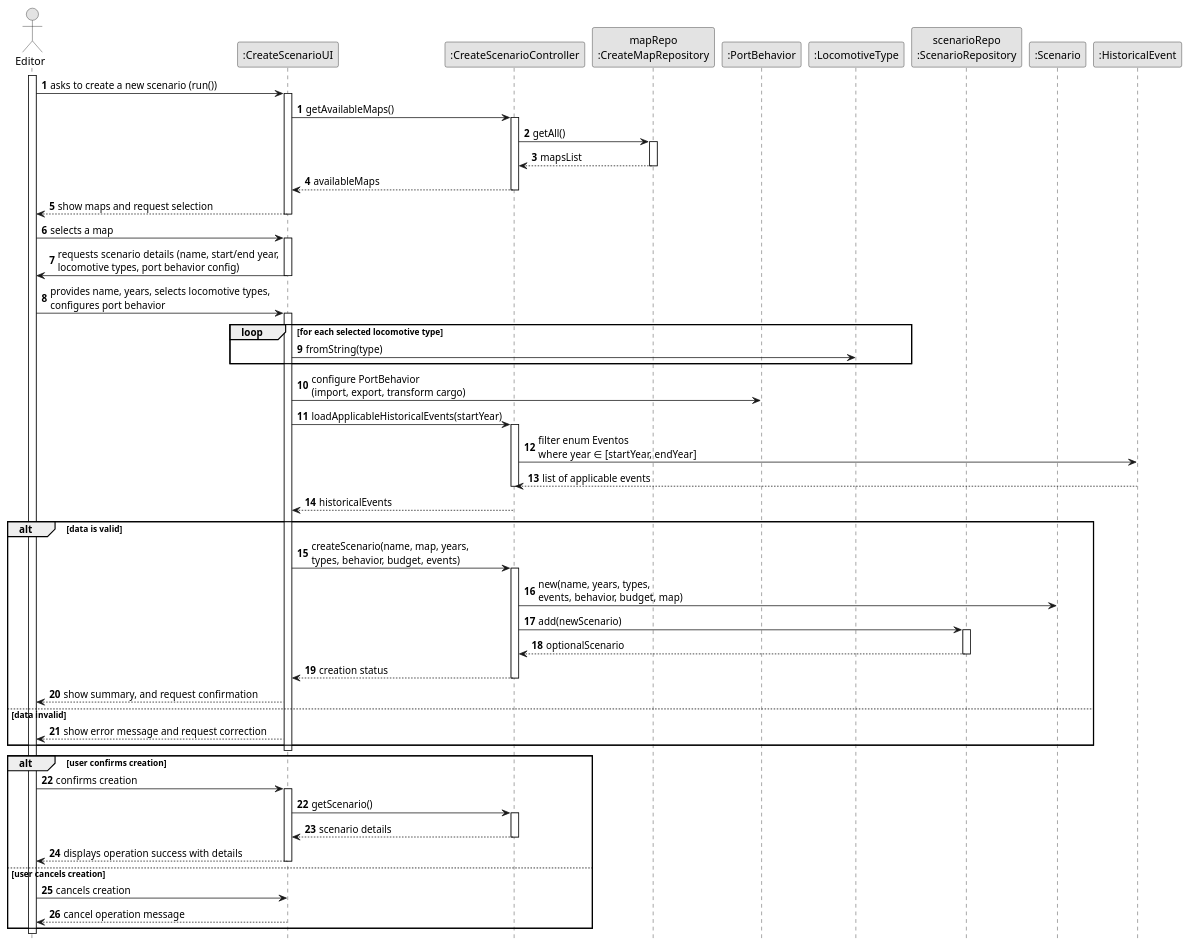
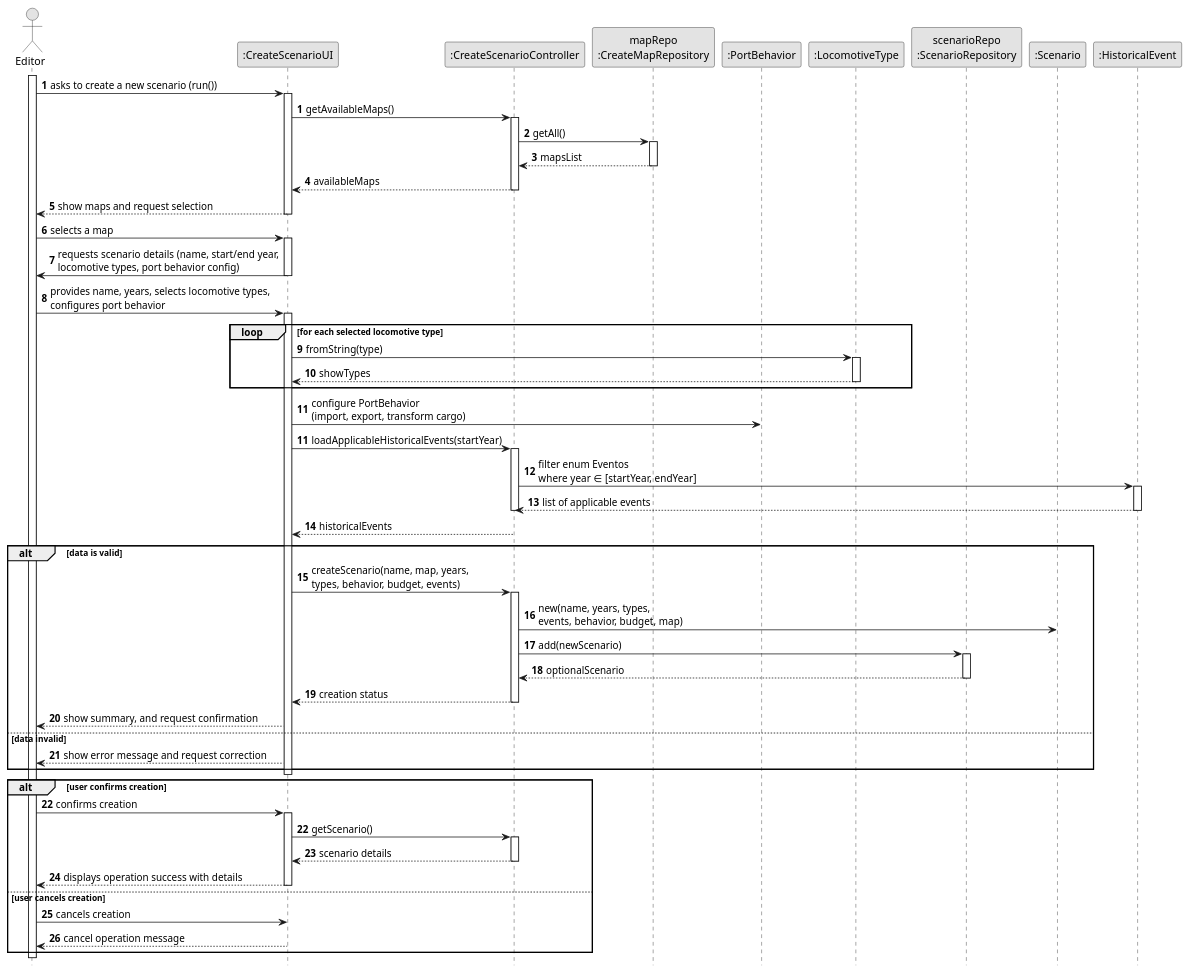
One commit to Andremonteiro1240850/railway_simulator changed the diagram in docs/system-documentation/US04/03.Design/puml/teste.puml. Above: the diagram before and after it, drawn with PlantUML. The commit also changed 11 other files, not shown here.

```diff
--- a/docs/system-documentation/US04/03.Design/puml/teste.puml
+++ b/docs/system-documentation/US04/03.Design/puml/teste.puml
@@ -1,121 +1,128 @@
 @startuml
 skinparam monochrome true
 skinparam packageStyle rectangle
 skinparam shadowing false
 
 autonumber
 hide footbox
 
 actor "Editor" as ORG_EMPLOYEE
 
 participant ":CreateScenarioUI" as UI
 participant ":CreateScenarioController" as CTRL
 
 participant "mapRepo\n:CreateMapRepository" as MAP
 participant ":PortBehavior" as PORT
 participant ":LocomotiveType" as LOCO_TYPE
 participant "scenarioRepo\n:ScenarioRepository" as SCEN_REPO
 participant ":Scenario" as SCENARIO
 participant ":HistoricalEvent" as EVENT
 
 activate ORG_EMPLOYEE
 
     ORG_EMPLOYEE -> UI : asks to create a new scenario (run())
     autonumber 1
 
     activate UI
         UI -> CTRL : getAvailableMaps()
         autonumber 2
 
         activate CTRL
             CTRL -> MAP : getAll()
             autonumber 3
             activate MAP
                 MAP --> CTRL : mapsList
                 autonumber 4
             deactivate MAP
             CTRL --> UI : availableMaps
             autonumber 5
         deactivate CTRL
 
         UI --> ORG_EMPLOYEE : show maps and request selection
         autonumber 6
     deactivate UI
 
     ORG_EMPLOYEE -> UI : selects a map
     autonumber 7
     activate UI
         UI -> ORG_EMPLOYEE : requests scenario details (name, start/end year,\nlocomotive types, port behavior config)
         autonumber 8
     deactivate UI
 
     ORG_EMPLOYEE -> UI : provides name, years, selects locomotive types,\nconfigures port behavior
     autonumber 9
     activate UI
 
         loop for each selected locomotive type
+
             UI -> LOCO_TYPE : fromString(type)
+            activate LOCO_TYPE
             autonumber 10
+            LOCO_TYPE --> UI : showTypes
+            deactivate LOCO_TYPE
         end
 
         UI -> PORT : configure PortBehavior\n(import, export, transform cargo)
         autonumber 11
 
         UI -> CTRL : loadApplicableHistoricalEvents(startYear)
         autonumber 12
         activate CTRL
             CTRL -> EVENT : filter enum Eventos\nwhere year ∈ [startYear, endYear]
+            activate EVENT
             autonumber 13
             EVENT --> CTRL : list of applicable events
+            deactivate EVENT
             autonumber 14
         deactivate CTRL
 
         CTRL --> UI : historicalEvents
         autonumber 15
 
         alt data is valid
             UI -> CTRL : createScenario(name, map, years,\ntypes, behavior, budget, events)
             autonumber 16
 
             activate CTRL
                 CTRL -> SCENARIO : new(name, years, types,\nevents, behavior, budget, map)
+
                 autonumber 17
 
                 CTRL -> SCEN_REPO : add(newScenario)
                 autonumber 18
                 activate SCEN_REPO
                     SCEN_REPO --> CTRL : optionalScenario
                     autonumber 19
                 deactivate SCEN_REPO
 
                 CTRL --> UI : creation status
                 autonumber 20
             deactivate CTRL
 
             UI --> ORG_EMPLOYEE : show summary, and request confirmation
             autonumber 21
         else data invalid
             UI --> ORG_EMPLOYEE : show error message and request correction
         end
     deactivate UI
 
     alt user confirms creation
         ORG_EMPLOYEE -> UI : confirms creation
         autonumber 22
         activate UI
             UI -> CTRL : getScenario()
             autonumber 23
             activate CTRL
                 CTRL --> UI : scenario details
                 autonumber 24
             deactivate CTRL
             UI --> ORG_EMPLOYEE : displays operation success with details
             autonumber 25
         deactivate UI
     else user cancels creation
         ORG_EMPLOYEE -> UI : cancels creation
         UI --> ORG_EMPLOYEE : cancel operation message
     end
 
 deactivate ORG_EMPLOYEE
 @enduml
```
